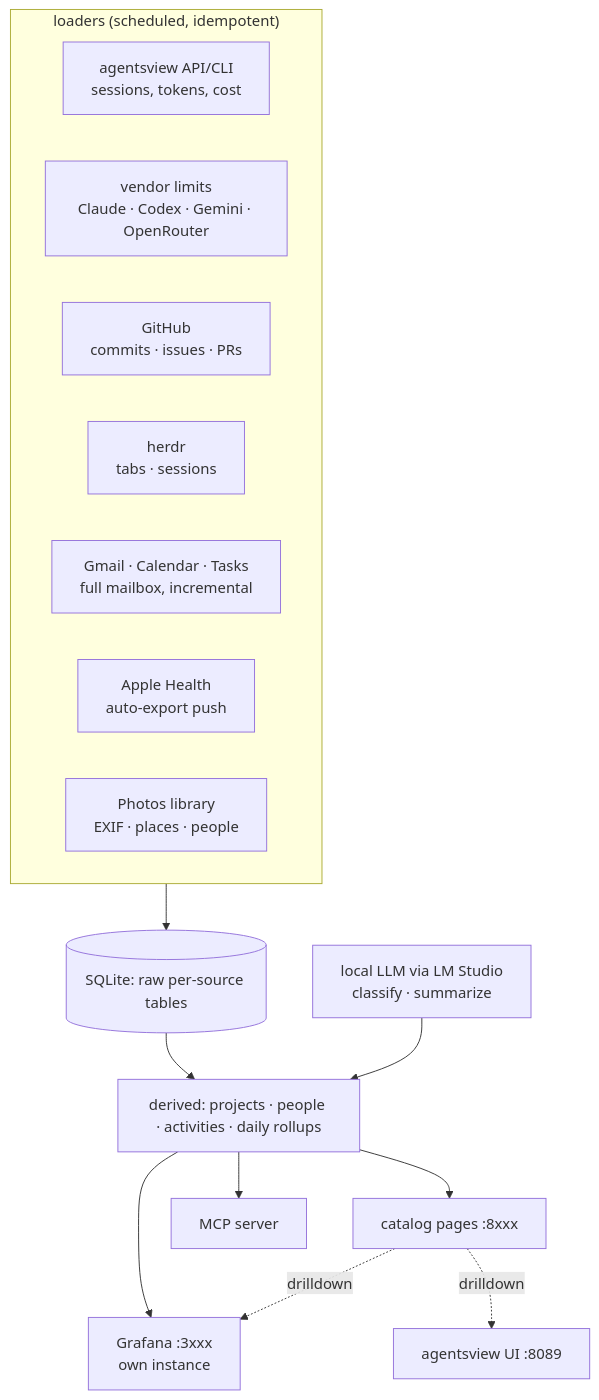
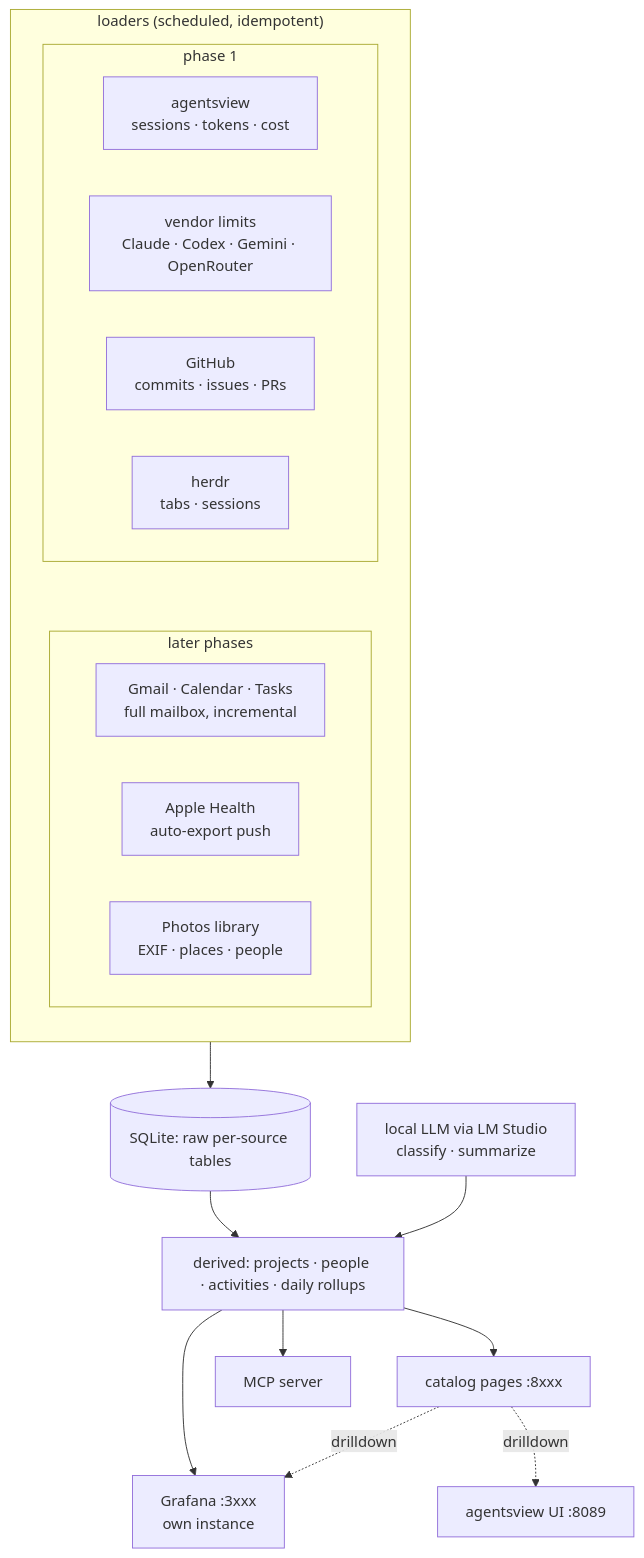
Before and after one commit to sefk/westmarch: the diagram in docs/prd.md, drawn with Mermaid.

Commit message:
PRD: cluster loaders into phase 1 / later-phase piles
Claude-Session: https://claude.ai/code/session_015QQk2n8JZNthfW4qbVSCJC

````diff
--- a/docs/prd.md
+++ b/docs/prd.md
@@ -49,20 +49,28 @@
 ```mermaid
 flowchart TB
   subgraph loaders["loaders (scheduled, idempotent)"]
-    AV[agentsview API/CLI<br/>sessions, tokens, cost]
-    LIM[vendor limits<br/>Claude · Codex · Gemini · OpenRouter]
-    GH[GitHub<br/>commits · issues · PRs]
-    HR[herdr<br/>tabs · sessions]
-    GM[Gmail · Calendar · Tasks<br/>full mailbox, incremental]
-    AH[Apple Health<br/>auto-export push]
-    PH[Photos library<br/>EXIF · places · people]
+    direction TB
+    subgraph p1["phase 1"]
+      direction LR
+      AV[agentsview<br/>sessions · tokens · cost]
+      LIM[vendor limits<br/>Claude · Codex · Gemini · OpenRouter]
+      GH[GitHub<br/>commits · issues · PRs]
+      HR[herdr<br/>tabs · sessions]
+    end
+    subgraph p2["later phases"]
+      direction LR
+      GM[Gmail · Calendar · Tasks<br/>full mailbox, incremental]
+      AH[Apple Health<br/>auto-export push]
+      PH[Photos library<br/>EXIF · places · people]
+    end
+    p1 ~~~ p2
   end
   loaders --> RAW[(SQLite: raw per-source tables)]
   RAW --> D[derived: projects · people · activities · daily rollups]
   D --> CAT[catalog pages :8xxx]
   D --> GRAF[Grafana :3xxx<br/>own instance]
   D --> MCP[MCP server]
   LLM[local LLM via LM Studio<br/>classify · summarize] --> D
   CAT -.drilldown.-> GRAF
   CAT -.drilldown.-> AVUI[agentsview UI :8089]
 ```
````
